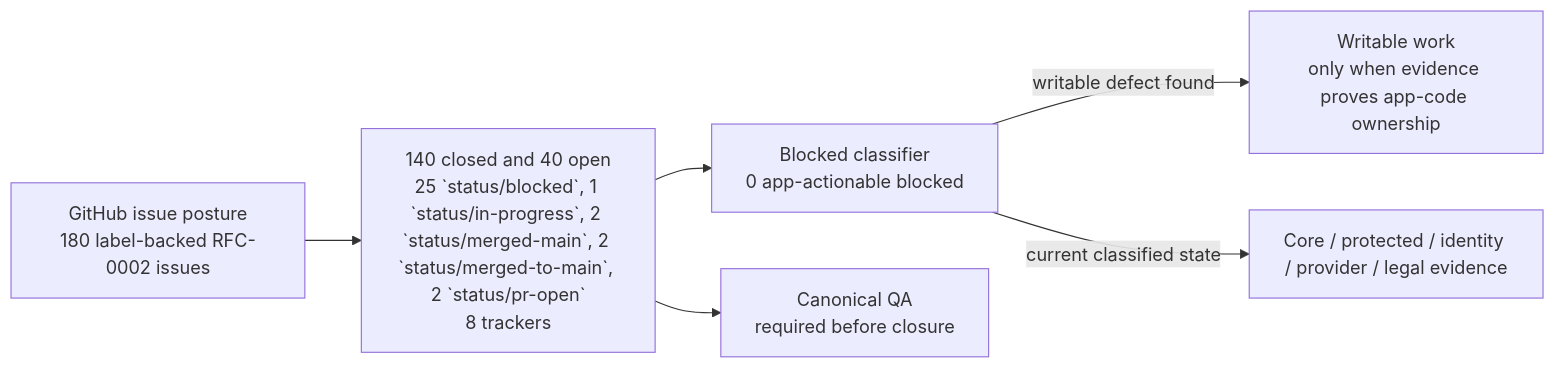
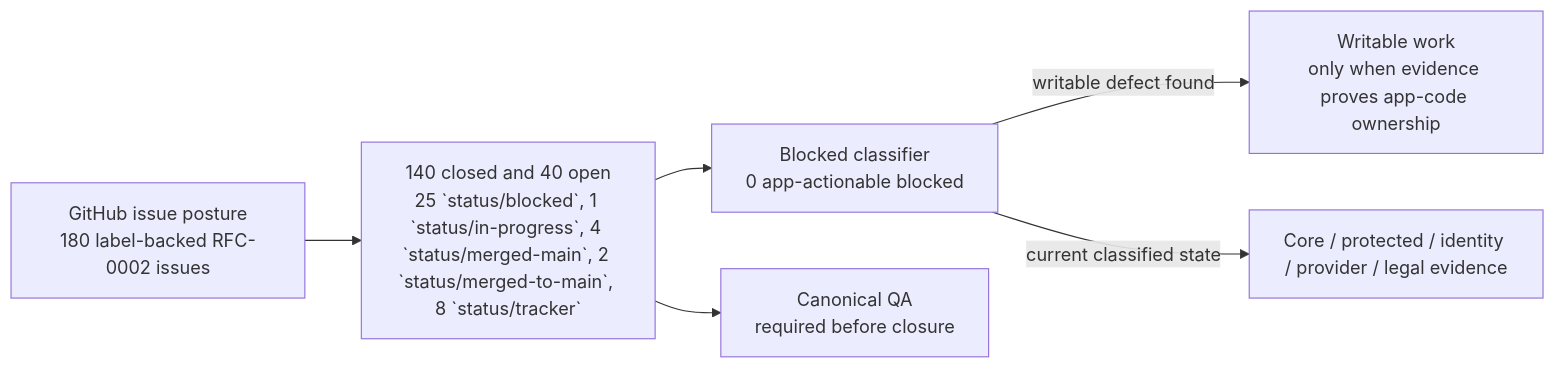
One commit to sgajbi/lotus-idea changed the first of 2 diagrams in wiki/RFC-0002-Execution-Status.md. Above: the diagram before and after it, drawn with Mermaid. The commit also changed other lines of this file and 8 other files, not shown here.

Commit message:
docs(rfc0002): sync 1027 1029 merged-main evidence

````diff
--- a/wiki/RFC-0002-Execution-Status.md
+++ b/wiki/RFC-0002-Execution-Status.md
@@ -39,15 +39,15 @@
 ```mermaid
 flowchart LR
     Issues["GitHub issue posture<br/>180 label-backed RFC-0002 issues"]
-    Open["140 closed and 40 open<br/>25 `status/blocked`, 1 `status/in-progress`, 2 `status/merged-main`, 2 `status/merged-to-main`, 2 `status/pr-open`<br/>8 trackers"]
+    Open["140 closed and 40 open<br/>25 `status/blocked`, 1 `status/in-progress`, 4 `status/merged-main`, 2 `status/merged-to-main`, 8 `status/tracker`"]
     Blocked["Blocked classifier<br/>0 app-actionable blocked"]
     Work["Writable work<br/>only when evidence proves app-code ownership"]
     External["Core / protected / identity / provider / legal evidence"]
     QA["Canonical QA<br/>required before closure"]
 
     Issues --> Open
     Open --> Blocked
     Blocked -->|"writable defect found"| Work
     Blocked -->|"current classified state"| External
     Open --> QA
 ```
````
